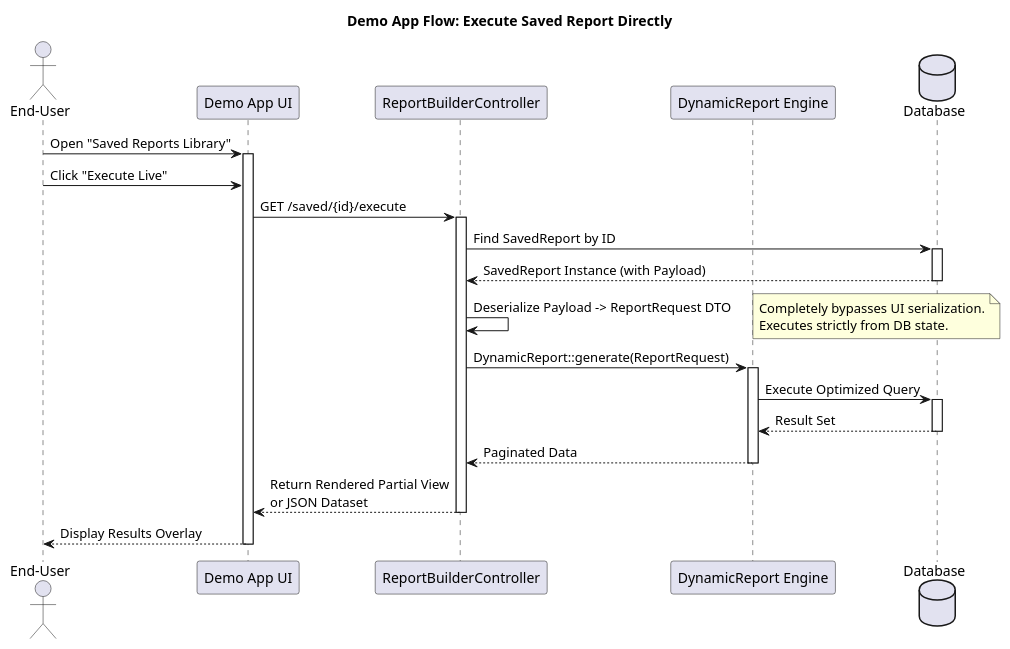
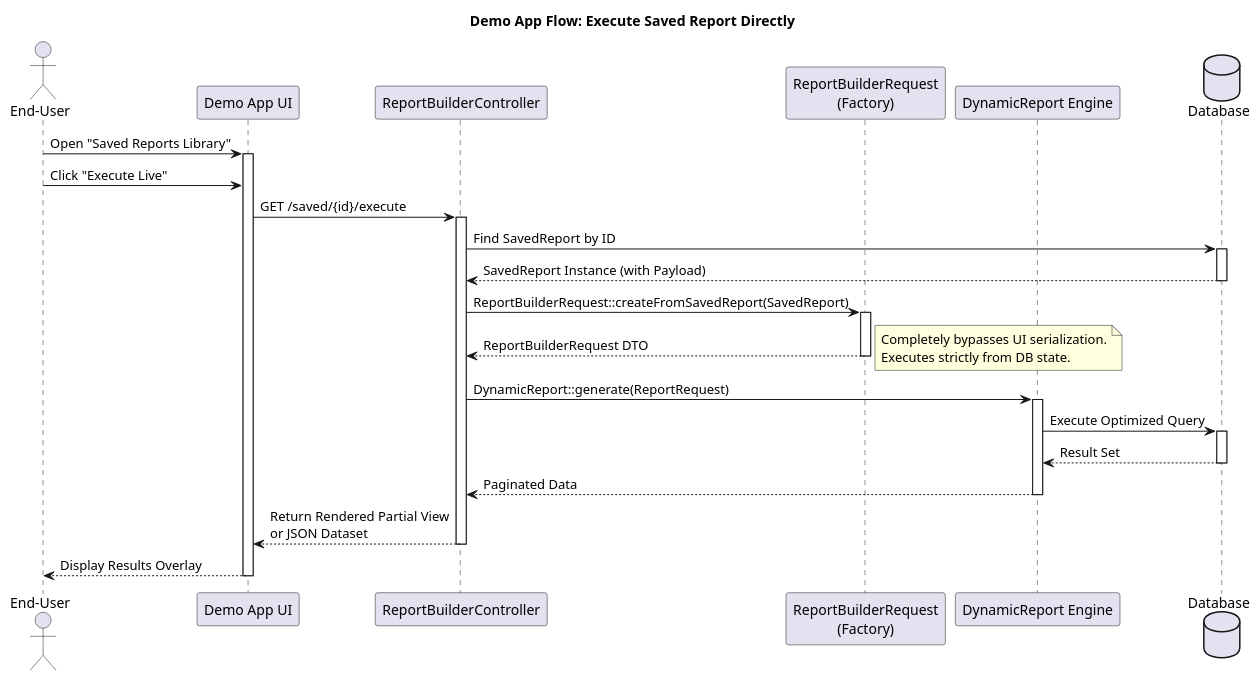
One commit to nisalatp/iStore changed the diagram in demo-doc/diagrams/04_execute_saved_report_flow.puml. Above: the diagram before and after it, drawn with PlantUML. The commit also changed 29 other files, not shown here.

Commit message:
feat(docs): update architecture documentation, AST reference, and cross-framework examples

```diff
--- a/demo-doc/diagrams/04_execute_saved_report_flow.puml
+++ b/demo-doc/diagrams/04_execute_saved_report_flow.puml
@@ -1,39 +1,43 @@
 @startuml Execute Saved Report Flow
 title Demo App Flow: Execute Saved Report Directly
 
 actor "End-User" as User
 participant "Demo App UI" as UI
 participant "ReportBuilderController" as Controller
+participant "ReportBuilderRequest\n(Factory)" as Factory
 participant "DynamicReport Engine" as Engine
 database "Database" as DB
 
 User -> UI : Open "Saved Reports Library"
 activate UI
 User -> UI : Click "Execute Live"
 UI -> Controller : GET /saved/{id}/execute
 activate Controller
 
 Controller -> DB : Find SavedReport by ID
 activate DB
 DB --> Controller : SavedReport Instance (with Payload)
 deactivate DB
 
-Controller -> Controller : Deserialize Payload -> ReportRequest DTO
+Controller -> Factory : ReportBuilderRequest::createFromSavedReport(SavedReport)
+activate Factory
+Factory --> Controller : ReportBuilderRequest DTO
+deactivate Factory
 note right: Completely bypasses UI serialization.\nExecutes strictly from DB state.
 
 Controller -> Engine : DynamicReport::generate(ReportRequest)
 activate Engine
 Engine -> DB : Execute Optimized Query
 activate DB
 DB --> Engine : Result Set
 deactivate DB
 Engine --> Controller : Paginated Data
 deactivate Engine
 
 Controller --> UI : Return Rendered Partial View\nor JSON Dataset
 deactivate Controller
 
 UI --> User : Display Results Overlay
 deactivate UI
 
 @enduml
```
